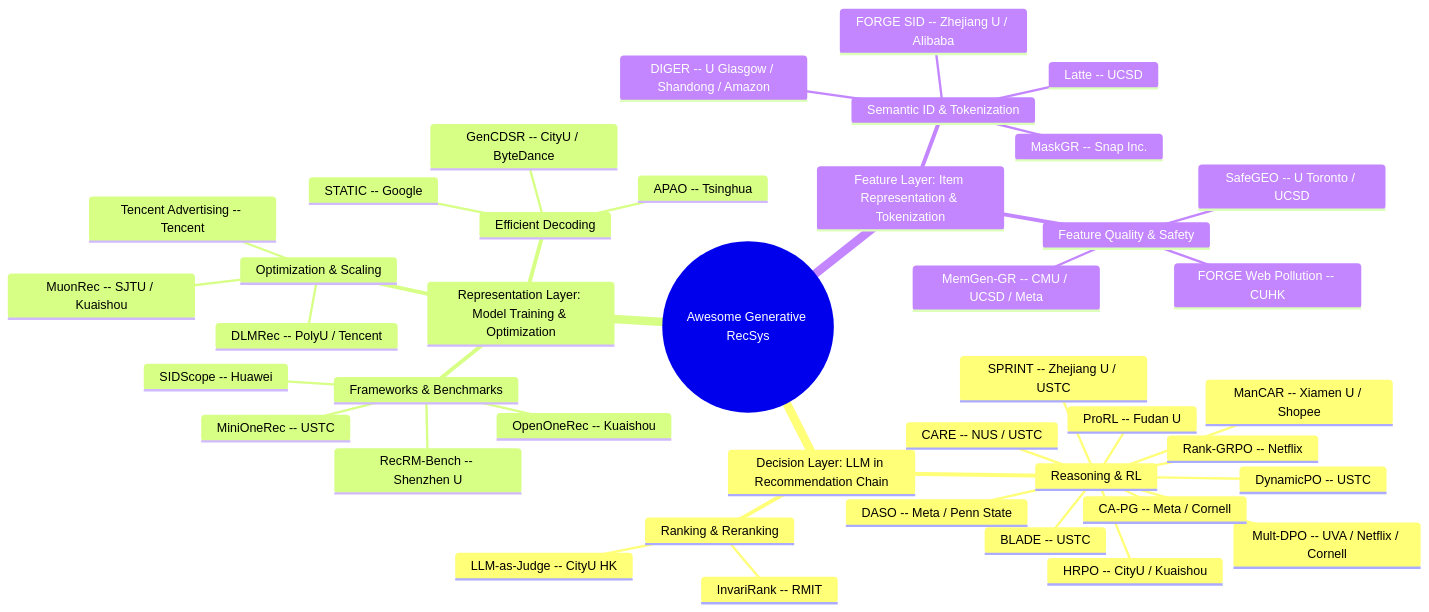
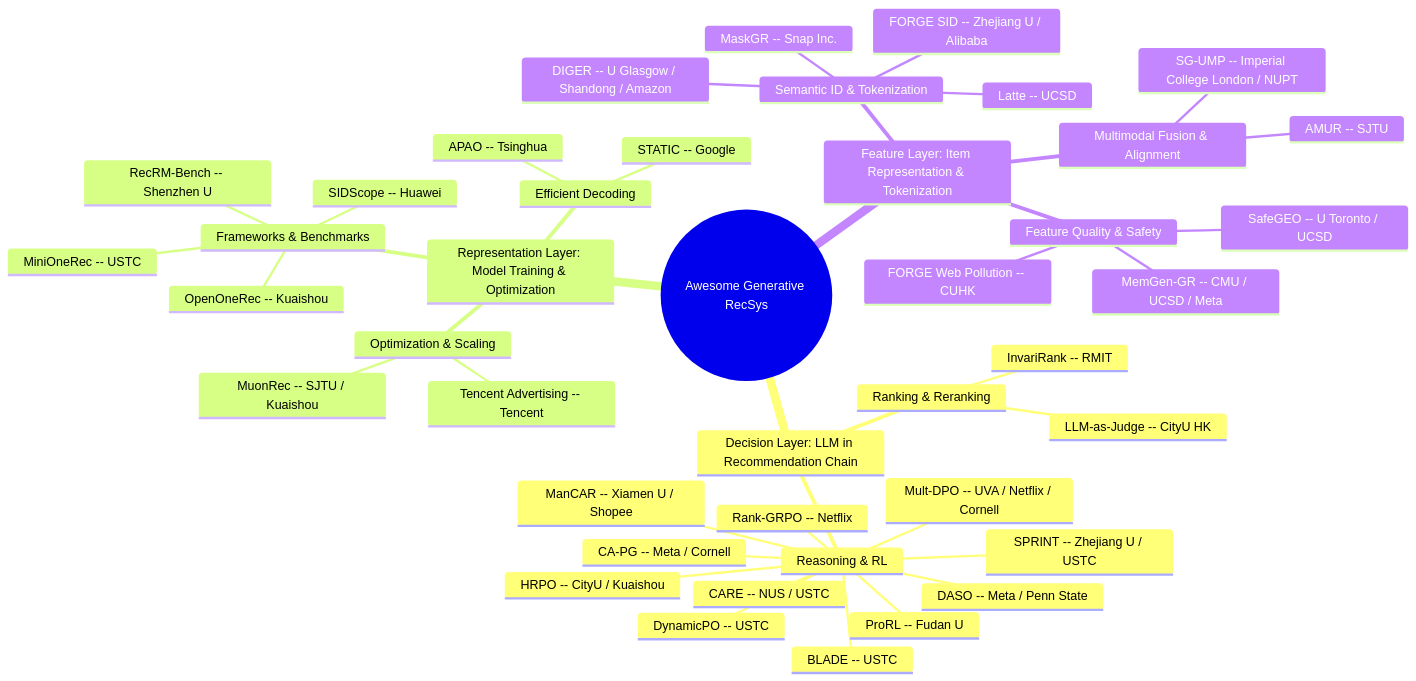
The diagram in README.md (HaFred/awesome-generative-recsys), drawn with Mermaid before and after one commit. The commit also changed other lines of this file and 3 other files, not shown here.

Commit message:
feat: August 31 — 5 papers (2 opensource): SG-UMP ICL/UCL/NUPT multimodal prioritization (MM 2026), HubMixer Kuaishou latent-hub feature interaction, AMUR SJTU modality-interest alignment (CIKM 2026), PMFRec POSTECH federated cold-start, Cross-City POI UNSW/UvA benchmark

````diff
--- a/README.md
+++ b/README.md
@@ -29,44 +29,45 @@
 ```mermaid
 mindmap
   root((Awesome Generative RecSys))
     Decision Layer: LLM in Recommendation Chain
       Reasoning & RL
         Rank-GRPO -- Netflix
         DynamicPO -- USTC
         BLADE -- USTC
         SPRINT -- Zhejiang U / USTC
         CARE -- NUS / USTC
         HRPO -- CityU / Kuaishou
         Mult-DPO -- UVA / Netflix / Cornell
         CA-PG -- Meta / Cornell
         ProRL -- Fudan U
         ManCAR -- Xiamen U / Shopee
         DASO -- Meta / Penn State
       Ranking & Reranking
         InvariRank -- RMIT
         LLM-as-Judge -- CityU HK
     Representation Layer: Model Training & Optimization
       Frameworks & Benchmarks
         MiniOneRec -- USTC
         OpenOneRec -- Kuaishou
         RecRM-Bench -- Shenzhen U
         SIDScope -- Huawei
       Efficient Decoding
         STATIC -- Google
         APAO -- Tsinghua
-        GenCDSR -- CityU / ByteDance
       Optimization & Scaling
         MuonRec -- SJTU / Kuaishou
         Tencent Advertising -- Tencent
-        DLMRec -- PolyU / Tencent
     Feature Layer: Item Representation & Tokenization
       Semantic ID & Tokenization
         Latte -- UCSD
         FORGE SID -- Zhejiang U / Alibaba
         DIGER -- U Glasgow / Shandong / Amazon
         MaskGR -- Snap Inc.
+      Multimodal Fusion & Alignment
+        SG-UMP -- Imperial College London / NUPT
+        AMUR -- SJTU
       Feature Quality & Safety
         SafeGEO -- U Toronto / UCSD
         MemGen-GR -- CMU / UCSD / Meta
         FORGE Web Pollution -- CUHK
 ```
````
